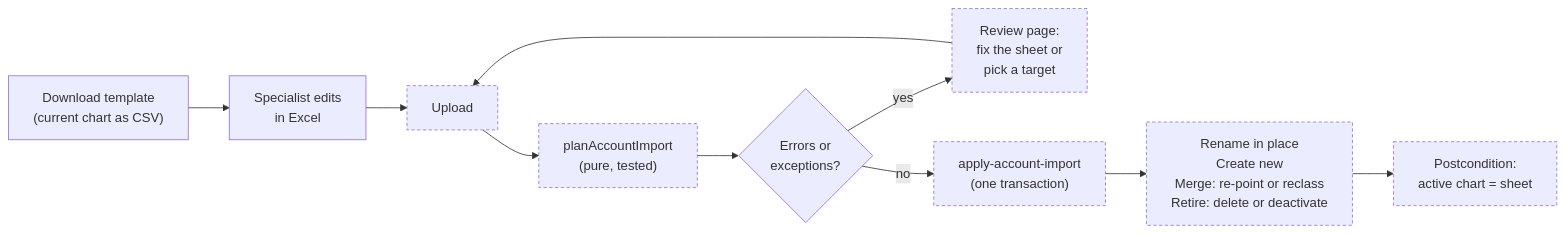
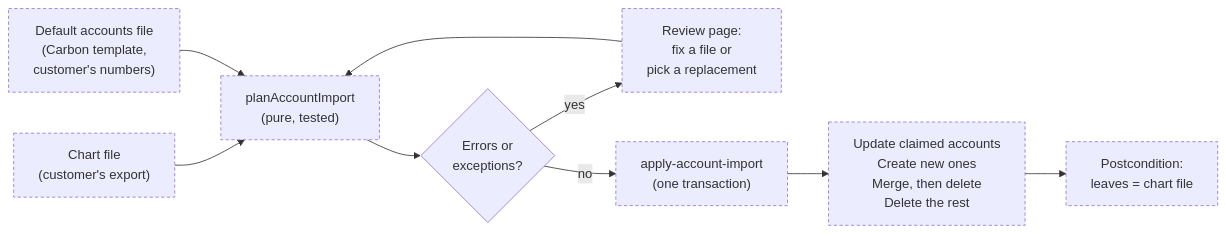
One commit to crbnos/carbon changed the diagram in .ai/specs/2026-10-12-chart-of-accounts-import.md. Above: the diagram before and after it, drawn with Mermaid. The commit also changed other lines of this file and 1 other file, not shown here.

Commit message:
docs(accounting): the chart import takes two required files

````diff
--- a/.ai/specs/2026-10-12-chart-of-accounts-import.md
+++ b/.ai/specs/2026-10-12-chart-of-accounts-import.md
@@ -15,13 +15,12 @@
 ```mermaid
 flowchart LR
-    A["Download template<br/>(current chart as CSV)"] --> B["Specialist edits<br/>in Excel"]
-    B --> C["Upload"]:::new
-    C --> D["planAccountImport<br/>(pure, tested)"]:::new
-    D --> E{"Errors or<br/>exceptions?"}
-    E -- yes --> F["Review page:<br/>fix the sheet or<br/>pick a target"]:::new
-    F --> C
-    E -- no --> G["apply-account-import<br/>(one transaction)"]:::new
-    G --> H["Rename in place<br/>Create new<br/>Merge: re-point or reclass<br/>Retire: delete or deactivate"]:::new
-    H --> I["Postcondition:<br/>active chart = sheet"]:::new
+    A["Chart file<br/>(customer's export)"]:::new --> C["planAccountImport<br/>(pure, tested)"]:::new
+    B["Default accounts file<br/>(Carbon template,<br/>customer's numbers)"]:::new --> C
+    C --> D{"Errors or<br/>exceptions?"}
+    D -- yes --> E["Review page:<br/>fix a file or<br/>pick a replacement"]:::new
+    E --> C
+    D -- no --> F["apply-account-import<br/>(one transaction)"]:::new
+    F --> G["Update claimed accounts<br/>Create new ones<br/>Merge, then delete<br/>Delete the rest"]:::new
+    G --> H["Postcondition:<br/>leaves = chart file"]:::new
     classDef new stroke-dasharray:4 3
 ```
````
